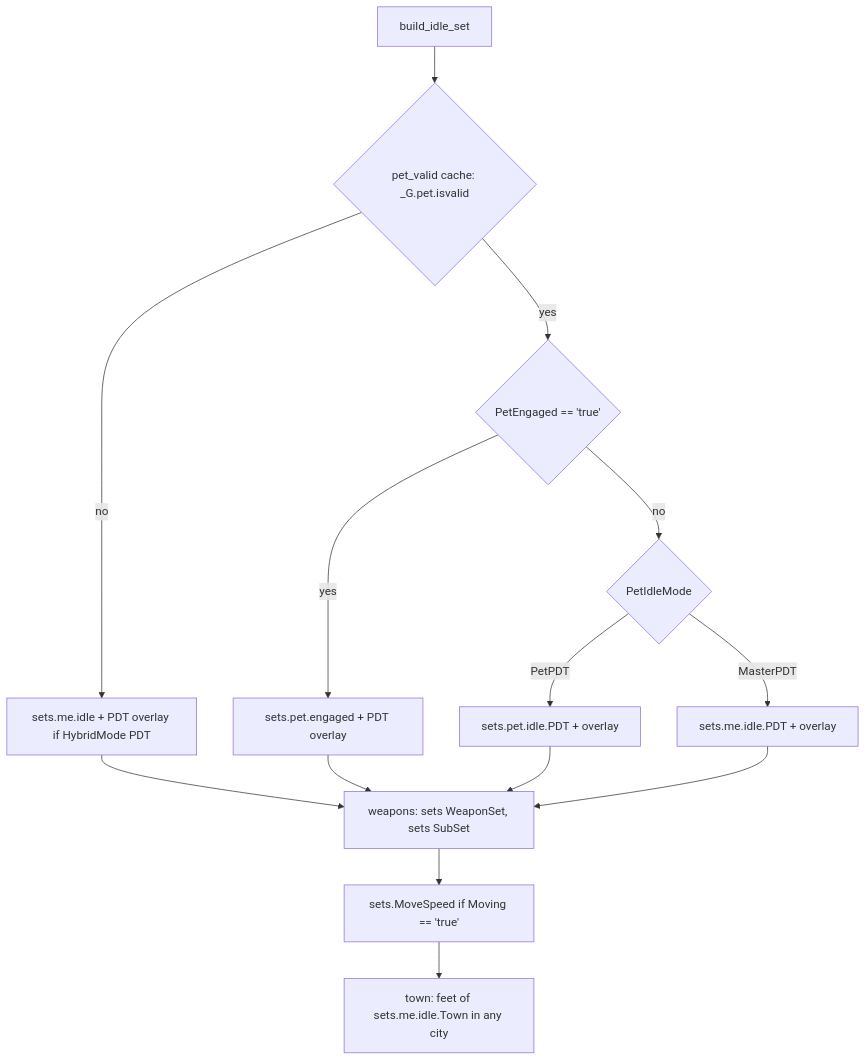
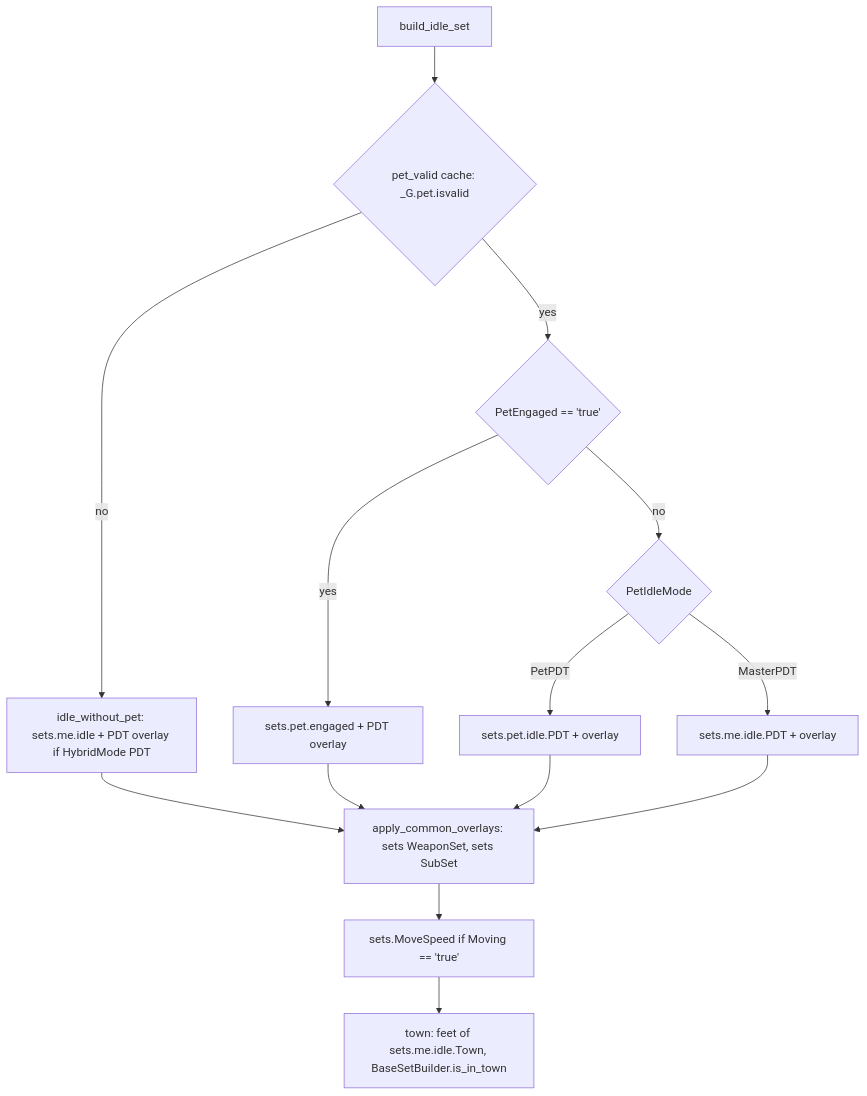
Before and after one commit to ejouanchicot/Gearswap: the fourth of 4 diagrams in docs/dev/jobs/bst.md, drawn with Mermaid. The commit also changed other lines of this file and 6 other files, not shown here.

````diff
--- a/docs/dev/jobs/bst.md
+++ b/docs/dev/jobs/bst.md
@@ -343,16 +345,16 @@
 ```mermaid
 flowchart TD
     A[build_idle_set] --> B{pet_valid cache: _G.pet.isvalid}
-    B -- no --> C[sets.me.idle + PDT overlay if HybridMode PDT]
+    B -- no --> C[idle_without_pet: sets.me.idle + PDT overlay if HybridMode PDT]
     B -- yes --> D{PetEngaged == 'true'}
     D -- yes --> E[sets.pet.engaged + PDT overlay]
     D -- no --> F{PetIdleMode}
     F -- PetPDT --> G[sets.pet.idle.PDT + overlay]
     F -- MasterPDT --> H[sets.me.idle.PDT + overlay]
-    C --> W[weapons: sets WeaponSet, sets SubSet]
+    C --> W[apply_common_overlays: sets WeaponSet, sets SubSet]
     E --> W
     G --> W
     H --> W
     W --> M[sets.MoveSpeed if Moving == 'true']
-    M --> T[town: feet of sets.me.idle.Town in any city]
+    M --> T[town: feet of sets.me.idle.Town, BaseSetBuilder.is_in_town]
 ```
````
